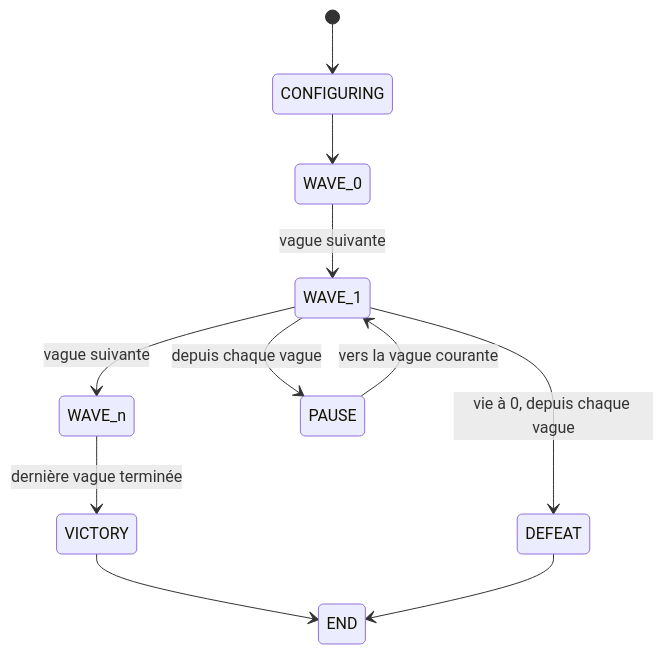
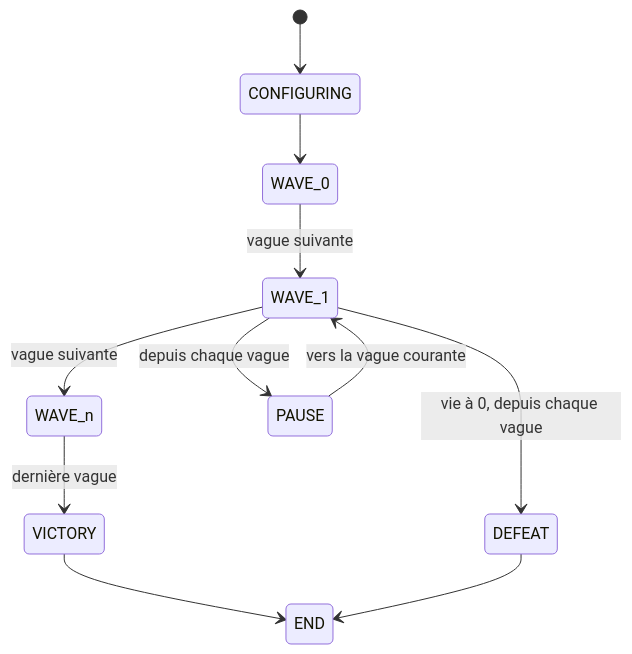
Before and after one commit to Cat-aclsym/documentation: the second of 2 diagrams in src/content/docs/development/models/state-machine.md, drawn with Mermaid. The commit also changed other lines of this file and 51 other files, not shown here.

Commit message:
docs: Add game sprites, Starlight components and simpler diagrams, with green links and an indented sidebar.

````diff
--- a/src/content/docs/development/models/state-machine.md
+++ b/src/content/docs/development/models/state-machine.md
@@ -83,13 +56,13 @@
 ```mermaid
 stateDiagram-v2
     [*] --> CONFIGURING
     CONFIGURING --> WAVE_0
     WAVE_0 --> WAVE_1 : vague suivante
     WAVE_1 --> WAVE_n : vague suivante
-    WAVE_n --> VICTORY : dernière vague terminée
+    WAVE_n --> VICTORY : dernière vague
     WAVE_1 --> PAUSE : depuis chaque vague
     PAUSE --> WAVE_1 : vers la vague courante
     WAVE_1 --> DEFEAT : vie à 0, depuis chaque vague
     VICTORY --> END
     DEFEAT --> END
 ```
````
